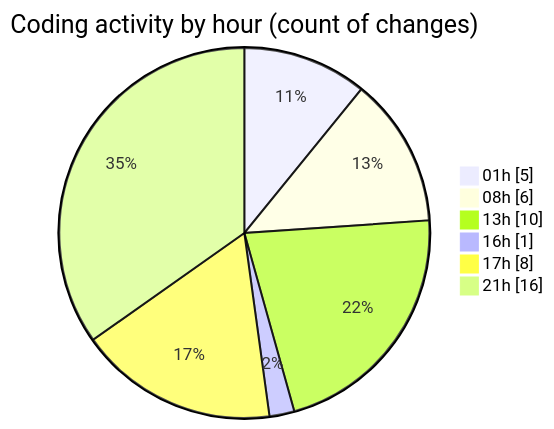
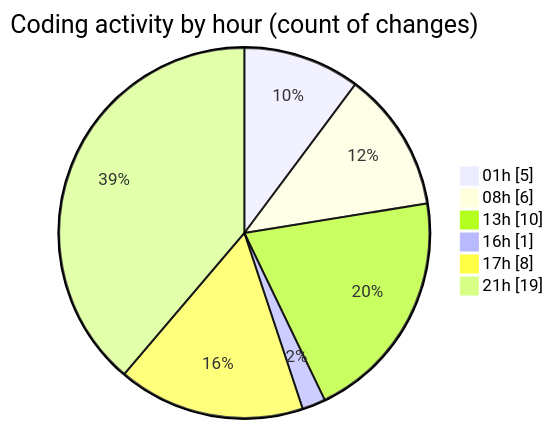
The second of 2 diagrams in 2026-02-04/singularitybrainai/README.md (tmsrecording-cyber/code-tracking), drawn with Mermaid before and after one commit. The commit also changed other lines of this file and 1 other file, not shown here.

````diff
--- a/2026-02-04/singularitybrainai/README.md
+++ b/2026-02-04/singularitybrainai/README.md
@@ -34,10 +35,10 @@
 ```mermaid
 pie showData
 title Coding activity by hour (count of changes)
 "01h" : 5
 "08h" : 6
 "13h" : 10
 "16h" : 1
 "17h" : 8
-"21h" : 16
+"21h" : 19
 ```
````
